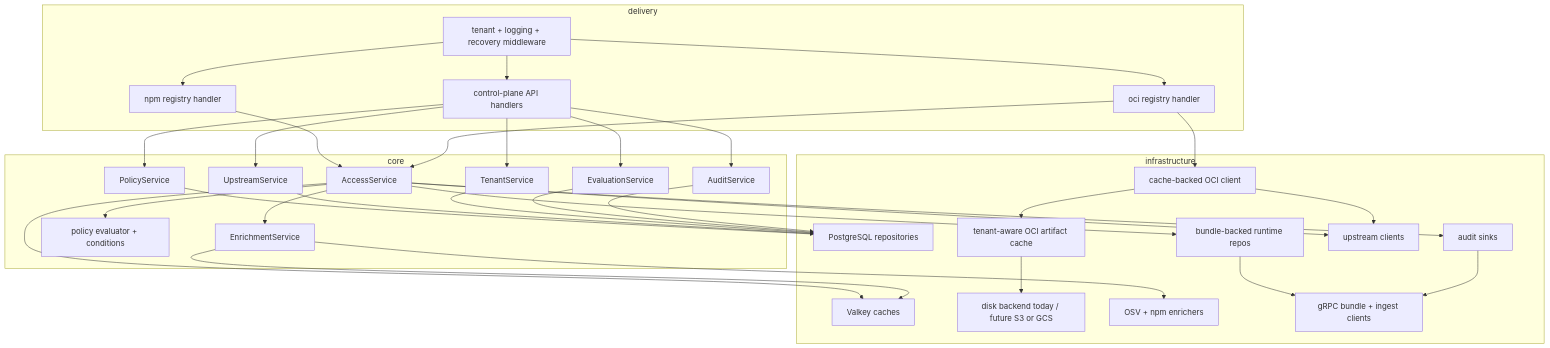
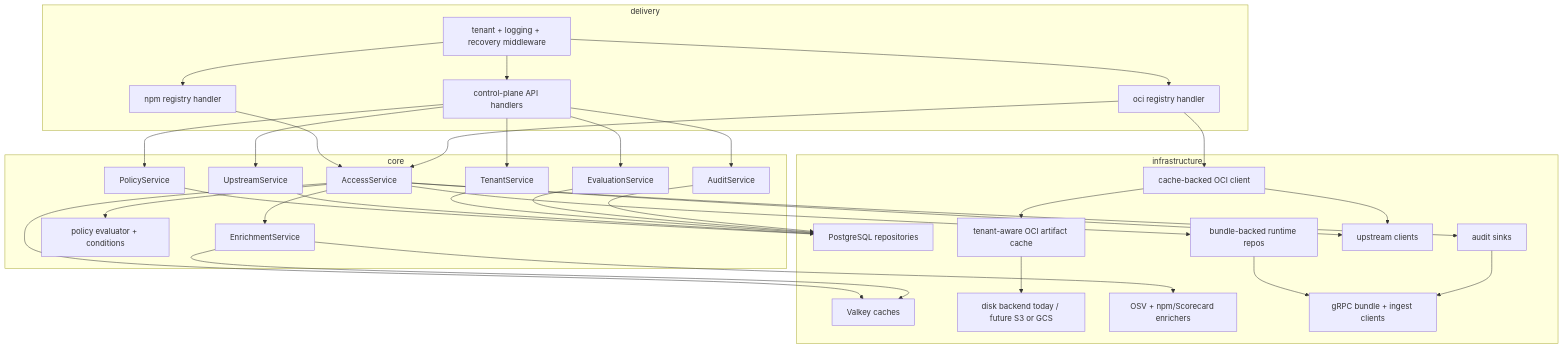
The second of 4 diagrams in docs/architecture.md (terrpan/dependency-firewall), drawn with Mermaid before and after one commit. The commit also changed other lines of this file and 74 other files, not shown here.

````diff
--- a/docs/architecture.md
+++ b/docs/architecture.md
@@ -98,65 +99,65 @@
 ```mermaid
 flowchart TB
     subgraph delivery[delivery]
         npmDelivery[npm registry handler]
         ociDelivery[oci registry handler]
         apiDelivery[control-plane API handlers]
         middleware[tenant + logging + recovery middleware]
     end
 
     subgraph core[core]
         accessService[AccessService]
         policyService[PolicyService]
         upstreamService[UpstreamService]
         tenantService[TenantService]
         evaluationService[EvaluationService]
         auditService[AuditService]
         enrichmentService[EnrichmentService]
         evaluator[policy evaluator + conditions]
     end
 
     subgraph infrastructure[infrastructure]
         pgRepos[PostgreSQL repositories]
         bundleRuntime[bundle-backed runtime repos]
         auditSinks[audit sinks]
         valkeyCache[Valkey caches]
         upstreamClients[upstream clients]
         cachedOCI[cache-backed OCI client]
         ociCache[tenant-aware OCI artifact cache]
         ociStorage[disk backend today / future S3 or GCS]
-        enrichers[OSV + npm enrichers]
+        enrichers[OSV + npm/Scorecard enrichers]
         grpcClients[gRPC bundle + ingest clients]
     end
 
     middleware --> npmDelivery
     middleware --> ociDelivery
     middleware --> apiDelivery
 
     npmDelivery --> accessService
     ociDelivery --> accessService
     apiDelivery --> policyService
     apiDelivery --> upstreamService
     apiDelivery --> tenantService
     apiDelivery --> evaluationService
     apiDelivery --> auditService
 
     accessService --> enrichmentService
     accessService --> evaluator
     accessService --> bundleRuntime
     accessService --> auditSinks
     accessService --> valkeyCache
     accessService --> upstreamClients
     policyService --> pgRepos
     upstreamService --> pgRepos
     tenantService --> pgRepos
     evaluationService --> pgRepos
     auditService --> pgRepos
     enrichmentService --> valkeyCache
     enrichmentService --> enrichers
     ociDelivery --> cachedOCI
     cachedOCI --> ociCache
     cachedOCI --> upstreamClients
     ociCache --> ociStorage
     bundleRuntime --> grpcClients
     auditSinks --> grpcClients
 ```
````
